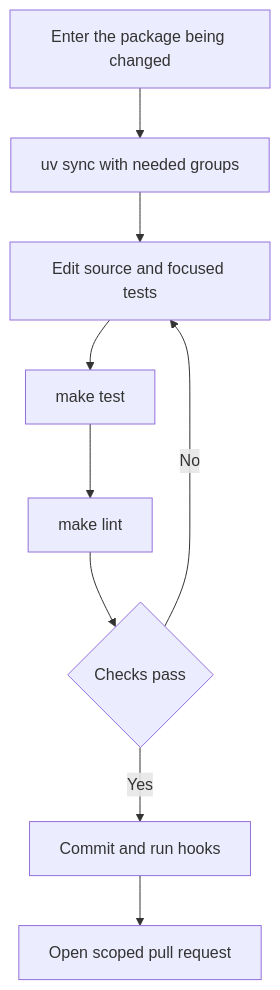
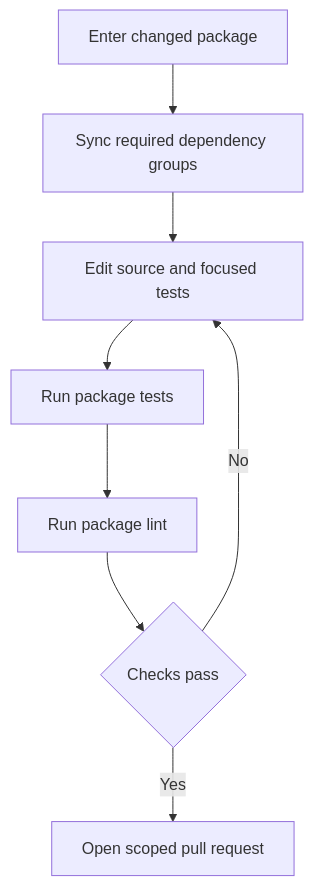
Before and after one commit to langchain-ai/deepagents: the first of 2 diagrams in openwiki/operations/development.md, drawn with Mermaid. The commit also changed other lines of this file and 136 other files, not shown here.

````diff
--- a/openwiki/operations/development.md
+++ b/openwiki/operations/development.md
@@ -70,11 +75,10 @@
 ```mermaid
 flowchart TD
-    Select["Enter the package being changed"] --> Sync["uv sync with needed groups"]
+    Select["Enter changed package"] --> Sync["Sync required dependency groups"]
     Sync --> Edit["Edit source and focused tests"]
-    Edit --> Test["make test"]
-    Test --> Lint["make lint"]
-    Lint --> Clean{"Checks pass"}
-    Clean -->|"No"| Edit
-    Clean -->|"Yes"| Commit["Commit and run hooks"]
-    Commit --> PullRequest["Open scoped pull request"]
+    Edit --> Test["Run package tests"]
+    Test --> Lint["Run package lint"]
+    Lint --> Pass{"Checks pass"}
+    Pass -->|"No"| Edit
+    Pass -->|"Yes"| PullRequest["Open scoped pull request"]
 ```
````
